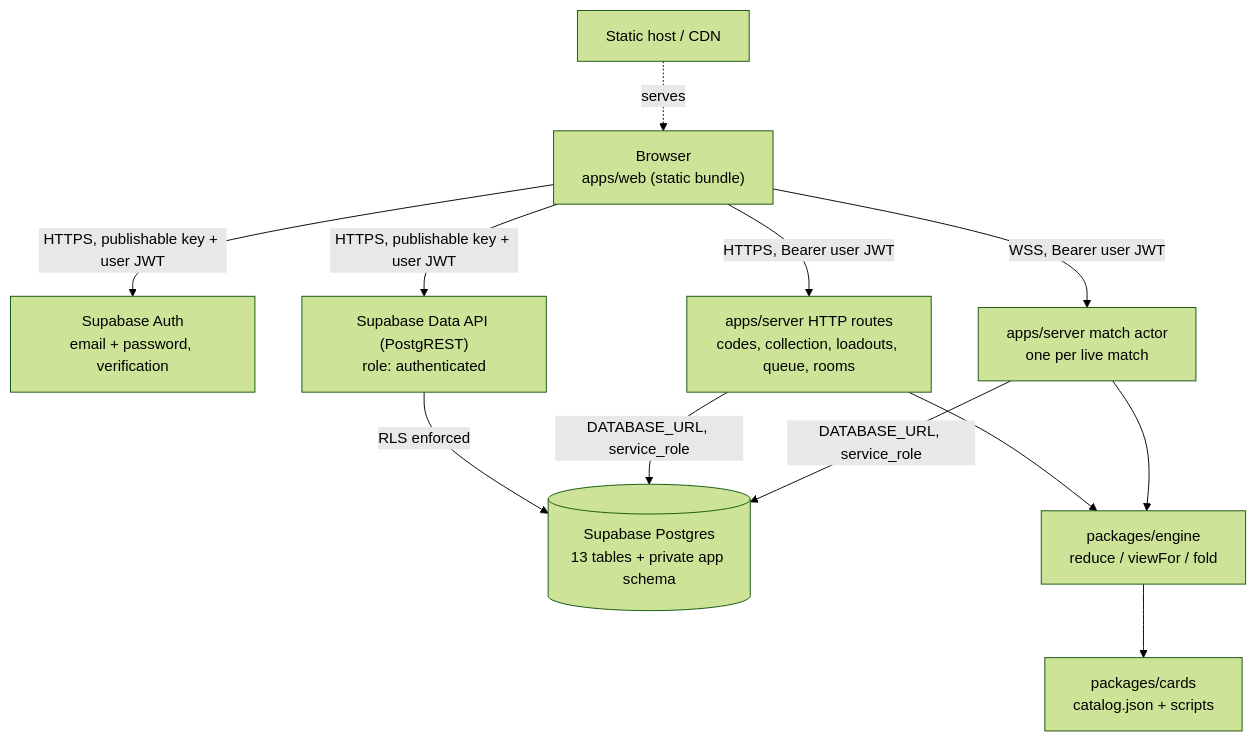
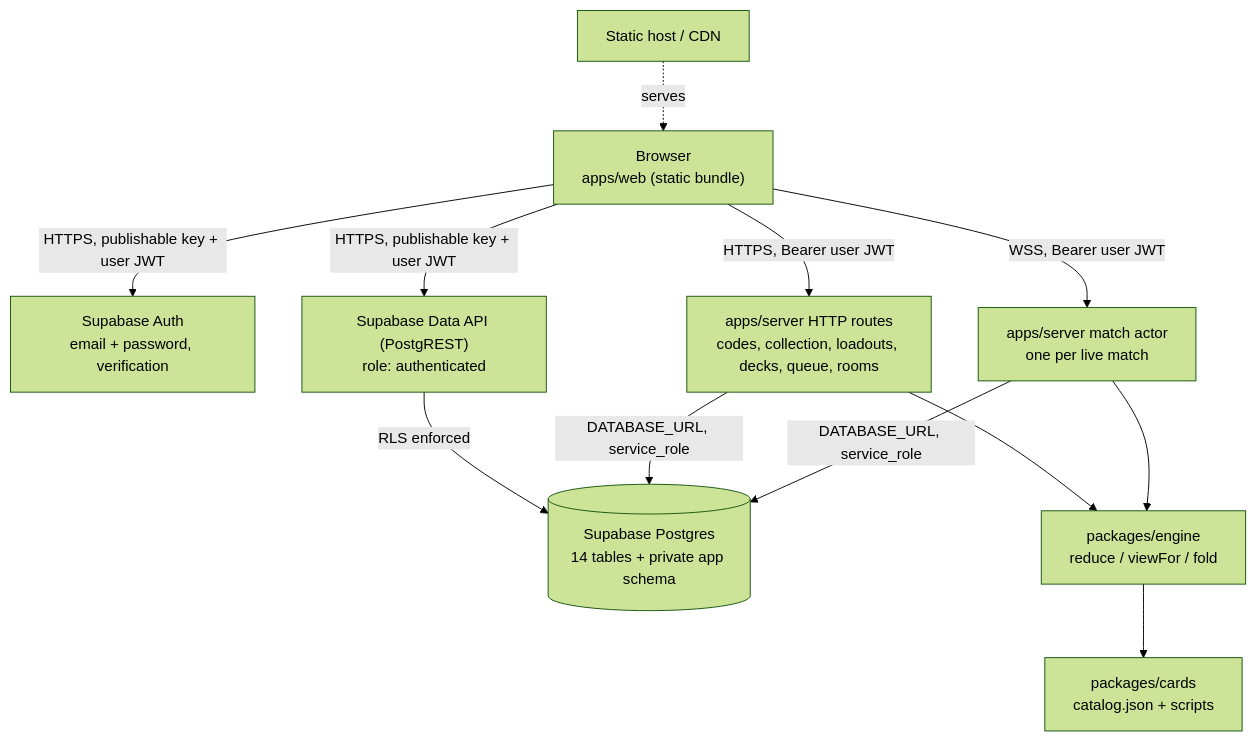
One commit to jgoetzmann/JackiOh changed the diagram in docs/architecture.md. Above: the diagram before and after it, drawn with Mermaid (forest theme). The commit also changed other lines of this file and 7 other files, not shown here.

````diff
--- a/docs/architecture.md
+++ b/docs/architecture.md
@@ -16,24 +16,24 @@
 ```mermaid
 flowchart TD
   B["Browser<br/>apps/web (static bundle)"]
   CDN["Static host / CDN"]
   AUTH["Supabase Auth<br/>email + password, verification"]
   PGR["Supabase Data API (PostgREST)<br/>role: authenticated"]
-  API["apps/server HTTP routes<br/>codes, collection, loadouts, queue, rooms"]
+  API["apps/server HTTP routes<br/>codes, collection, loadouts, decks, queue, rooms"]
   ACT["apps/server match actor<br/>one per live match"]
-  PG[("Supabase Postgres<br/>13 tables + private app schema")]
+  PG[("Supabase Postgres<br/>14 tables + private app schema")]
   ENG["packages/engine<br/>reduce / viewFor / fold"]
   CAT["packages/cards<br/>catalog.json + scripts"]
 
   CDN -.serves.-> B
   B -->|HTTPS, publishable key + user JWT| AUTH
   B -->|HTTPS, publishable key + user JWT| PGR
   B -->|HTTPS, Bearer user JWT| API
   B -->|WSS, Bearer user JWT| ACT
   PGR -->|RLS enforced| PG
   API -->|DATABASE_URL, service_role| PG
   ACT -->|DATABASE_URL, service_role| PG
   API --> ENG
   ACT --> ENG
   ENG --> CAT
 ```
````
